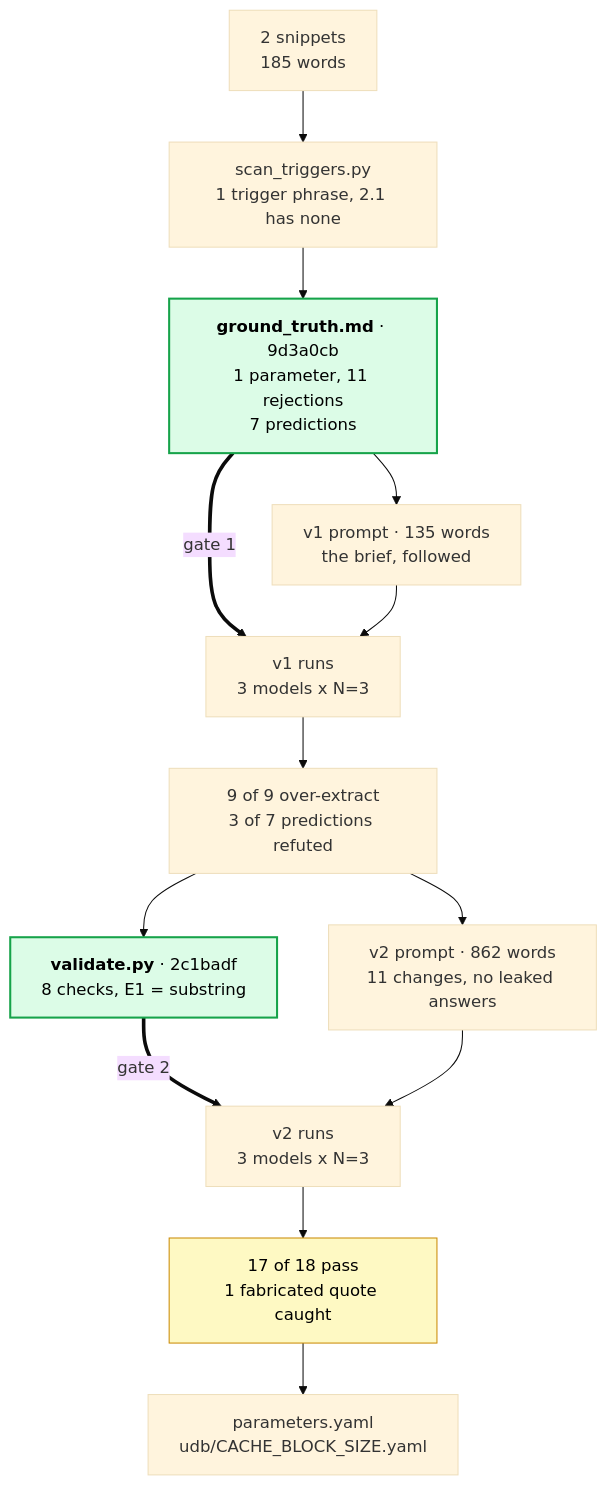
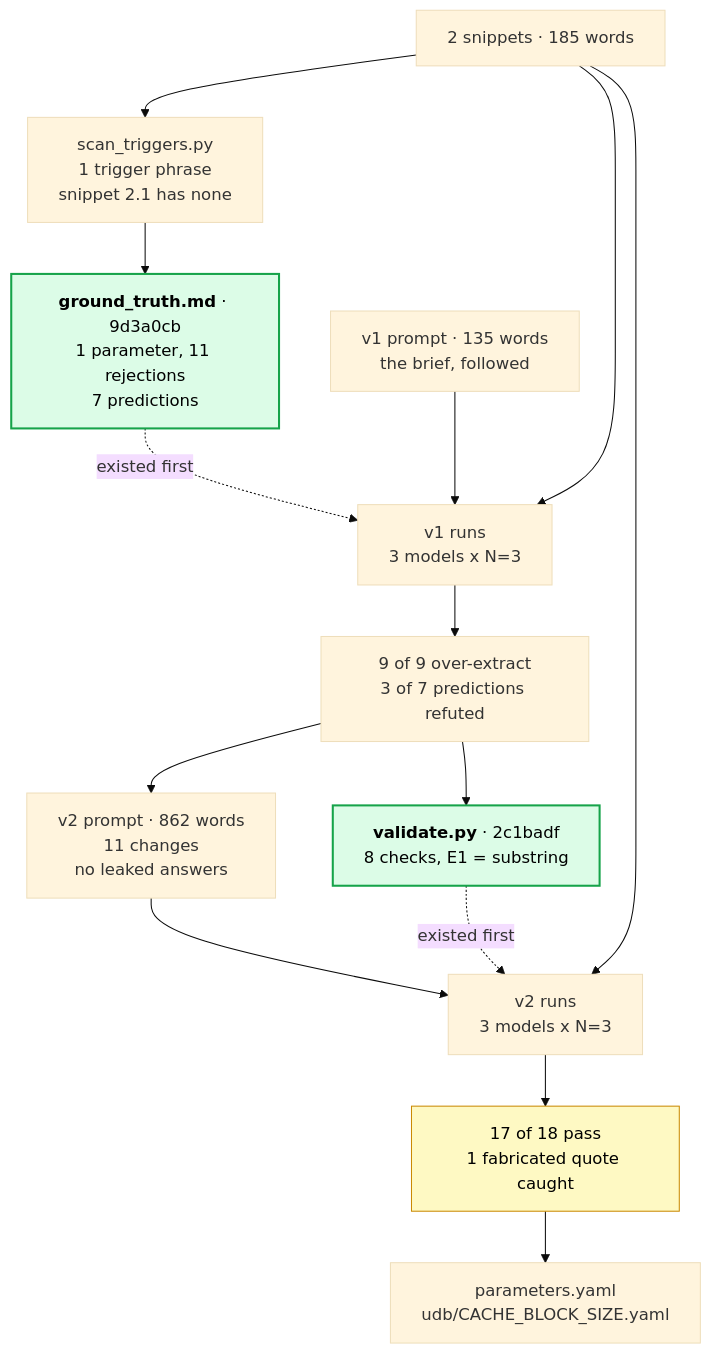
One commit to RAJVEER42/lfx-param-extraction changed the diagram in README.md. Above: the diagram before and after it, drawn with Mermaid (base theme). The commit also changed other lines of this file, not shown here.

Commit message:
README: distinguish commit order from data flow in the diagram
The gate edges were solid arrows into the run nodes, which implied ground_truth.md
was an input to the v1 runs. It was not. The relationship is commit precedence, and
a maintainer could fairly have objected that the ground truth never fed those runs,
which would undercut the exact claim the diagram exists to make.

Gate edges are now dotted and labelled "existed first", with a one-line legend
above the diagram saying solid is data flow and dotted is commit order only. Also
adds the snippets as an explicit input to both run nodes, which was missing.

````diff
--- a/README.md
+++ b/README.md
@@ -71,19 +74,20 @@
 ```mermaid
 flowchart TD
-    S["2 snippets<br/>185 words"] --> T["scan_triggers.py<br/>1 trigger phrase, 2.1 has none"]
+    S["2 snippets · 185 words"] --> T["scan_triggers.py<br/>1 trigger phrase<br/>snippet 2.1 has none"]
     T --> G["<b>ground_truth.md</b> · 9d3a0cb<br/>1 parameter, 11 rejections<br/>7 predictions"]
-    G ==>|"gate 1"| R1
-    G --> P1["v1 prompt · 135 words<br/>the brief, followed"]
-    P1 --> R1["v1 runs<br/>3 models x N=3"]
+    P1["v1 prompt · 135 words<br/>the brief, followed"] --> R1["v1 runs<br/>3 models x N=3"]
+    S --> R1
+    G -. "existed first" .-> R1
     R1 --> A1["9 of 9 over-extract<br/>3 of 7 predictions refuted"]
+    A1 --> P2["v2 prompt · 862 words<br/>11 changes<br/>no leaked answers"]
     A1 --> V["<b>validate.py</b> · 2c1badf<br/>8 checks, E1 = substring"]
-    A1 --> P2["v2 prompt · 862 words<br/>11 changes, no leaked answers"]
-    V ==>|"gate 2"| R2
     P2 --> R2["v2 runs<br/>3 models x N=3"]
+    S --> R2
+    V -. "existed first" .-> R2
     R2 --> A2["17 of 18 pass<br/>1 fabricated quote caught"]
     A2 --> D["parameters.yaml<br/>udb/CACHE_BLOCK_SIZE.yaml"]
 
     style G fill:#dcfce7,stroke:#16a34a,stroke-width:2px,color:#000
     style V fill:#dcfce7,stroke:#16a34a,stroke-width:2px,color:#000
     style A2 fill:#fef9c3,stroke:#ca8a04,color:#000
 ```
````
